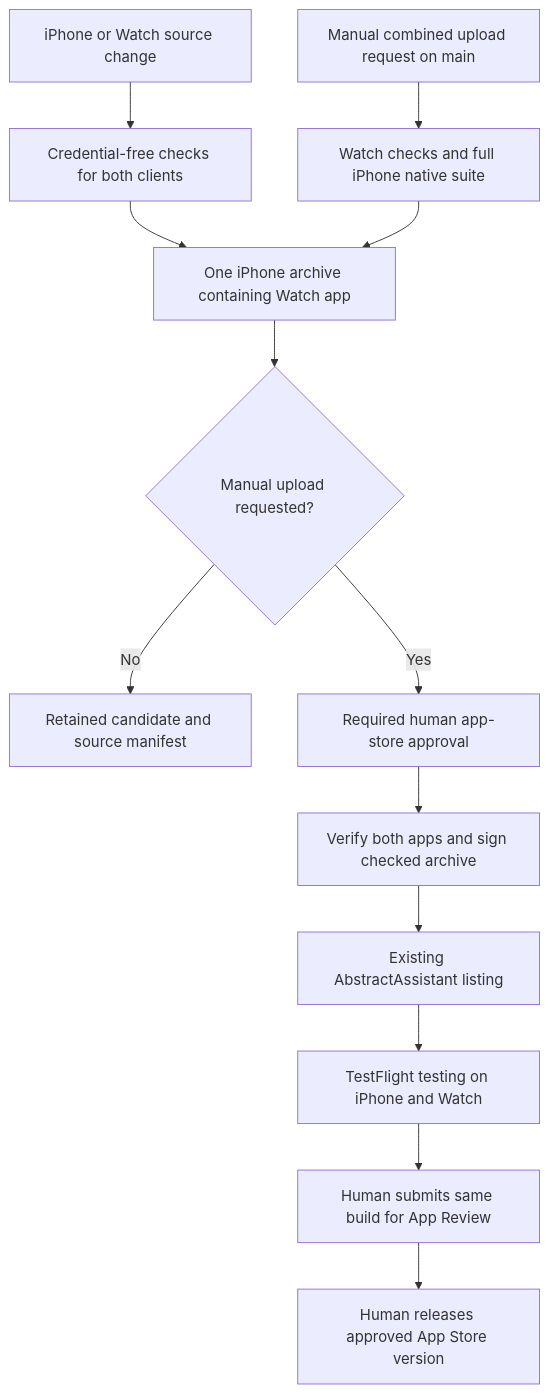
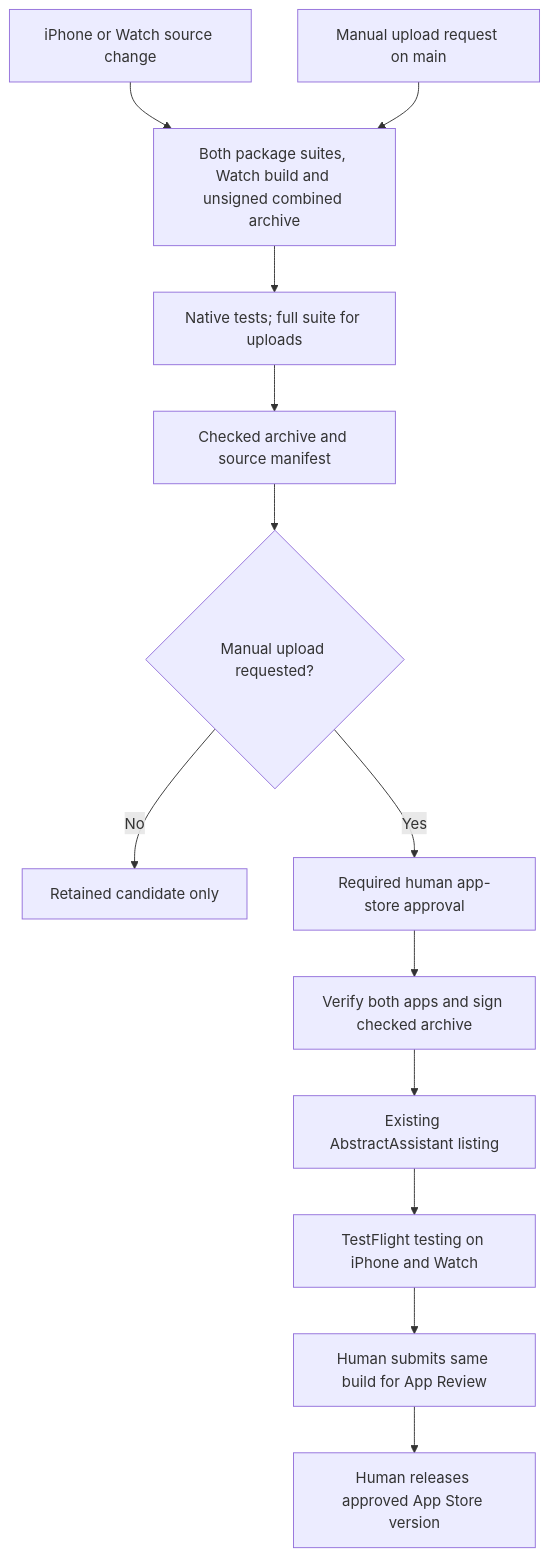
Before and after one commit to lpalbou/AbstractAssistant: the diagram in phone/iphone/docs/distribution.md, drawn with Mermaid. The commit also changed 9 other files, not shown here.

Commit message:
Record verified combined candidate and align release guide (1042)

````diff
--- a/phone/iphone/docs/distribution.md
+++ b/phone/iphone/docs/distribution.md
@@ -9,15 +9,15 @@
 ```mermaid
 flowchart TD
-    Change[iPhone or Watch source change] --> Tests[Credential-free checks for both clients]
-    Manual[Manual combined upload request on main] --> Full[Watch checks and full iPhone native suite]
-    Tests --> Archive[One iPhone archive containing Watch app]
-    Full --> Archive
-    Archive --> Intent{Manual upload requested?}
-    Intent -->|No| Candidate[Retained candidate and source manifest]
+    Change[iPhone or Watch source change] --> Build[Both package suites, Watch build and unsigned combined archive]
+    Manual[Manual upload request on main] --> Build
+    Build --> Native[Native tests; full suite for uploads]
+    Native --> Candidate[Checked archive and source manifest]
+    Candidate --> Intent{Manual upload requested?}
+    Intent -->|No| Retain[Retained candidate only]
     Intent -->|Yes| Human[Required human app-store approval]
     Human --> Verify[Verify both apps and sign checked archive]
     Verify --> ASC[Existing AbstractAssistant listing]
     ASC --> Beta[TestFlight testing on iPhone and Watch]
     Beta --> Review[Human submits same build for App Review]
     Review --> Release[Human releases approved App Store version]
 ```
````
